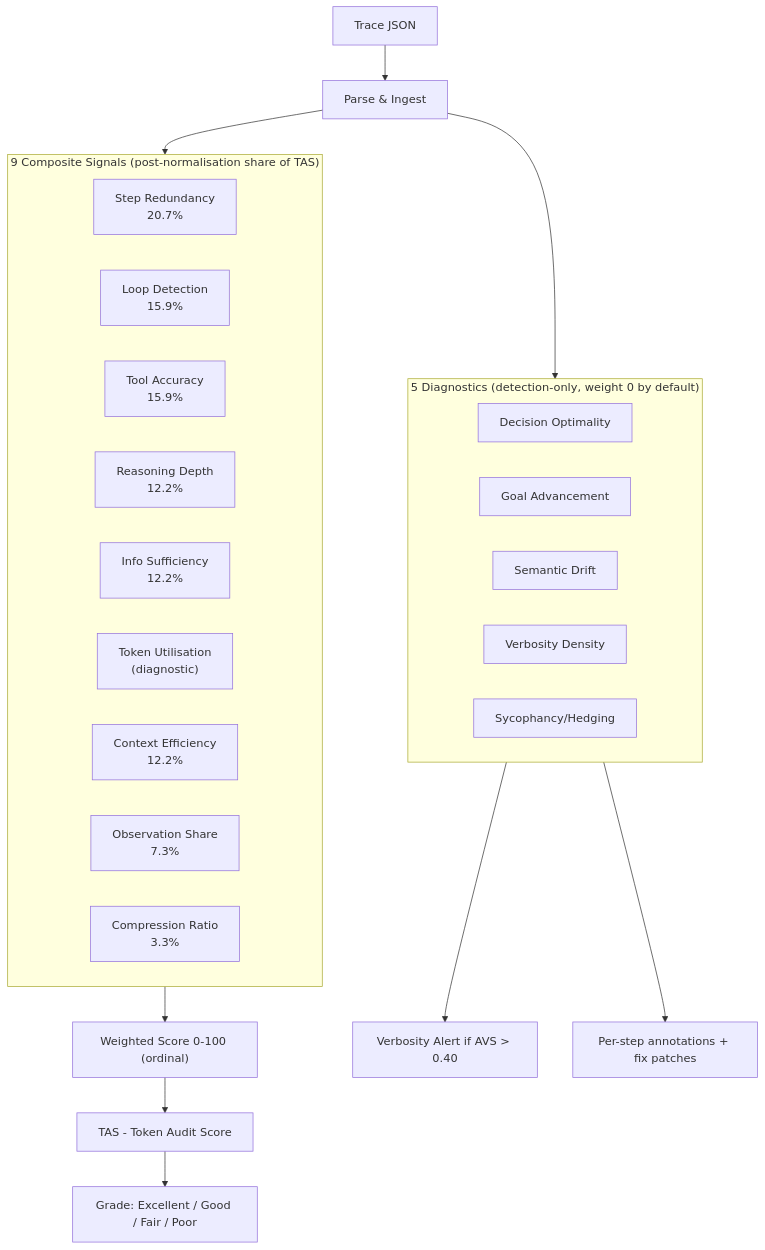
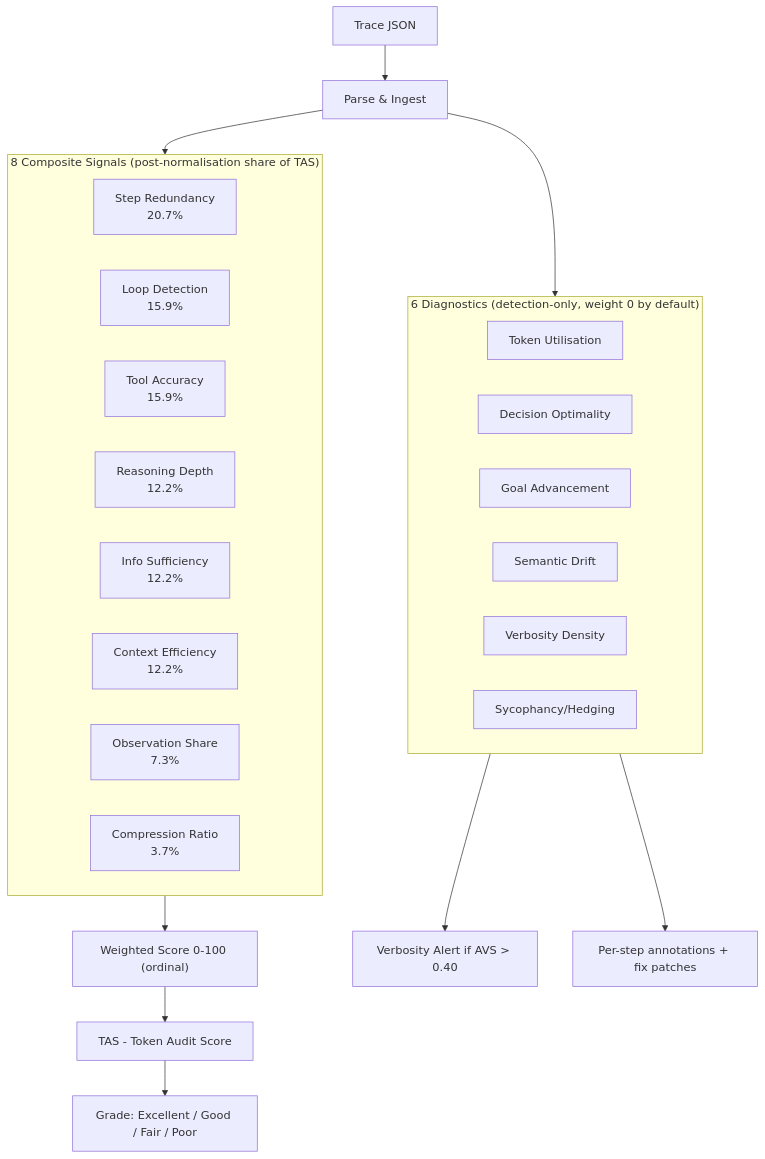
Before and after one commit to ZulfaqarHafez/TraceRazor: the second of 7 diagrams in README.md, drawn with Mermaid. The commit also changed other lines of this file and 13 other files, not shown here.

````diff
--- a/README.md
+++ b/README.md
@@ -95,34 +95,34 @@
 ```mermaid
 flowchart TD
     T[Trace JSON] --> P[Parse & Ingest]
     P --> M
 
-    subgraph M["9 Composite Signals (post-normalisation share of TAS)"]
+    subgraph M["8 Composite Signals (post-normalisation share of TAS)"]
         direction LR
         S1["Step Redundancy\n20.7%"]
         S2["Loop Detection\n15.9%"]
         S3["Tool Accuracy\n15.9%"]
         S4["Reasoning Depth\n12.2%"]
         S5["Info Sufficiency\n12.2%"]
-        S6["Token Utilisation\n(diagnostic)"]
         S7["Context Efficiency\n12.2%"]
         O1["Observation Share\n7.3%"]
-        V3["Compression Ratio\n3.3%"]
+        V3["Compression Ratio\n3.7%"]
     end
 
-    subgraph D["5 Diagnostics (detection-only, weight 0 by default)"]
+    subgraph D["6 Diagnostics (detection-only, weight 0 by default)"]
         direction LR
+        S6["Token Utilisation"]
         S8["Decision Optimality"]
         S9["Goal Advancement"]
         S10["Semantic Drift"]
         V1["Verbosity Density"]
         V2["Sycophancy/Hedging"]
     end
 
     P --> D
     M --> W["Weighted Score 0-100 (ordinal)"]
     W --> TAS["TAS - Token Audit Score"]
     TAS --> G["Grade: Excellent / Good / Fair / Poor"]
     D --> AVS["Verbosity Alert if AVS > 0.40"]
     D --> FX["Per-step annotations + fix patches"]
 ```
````
